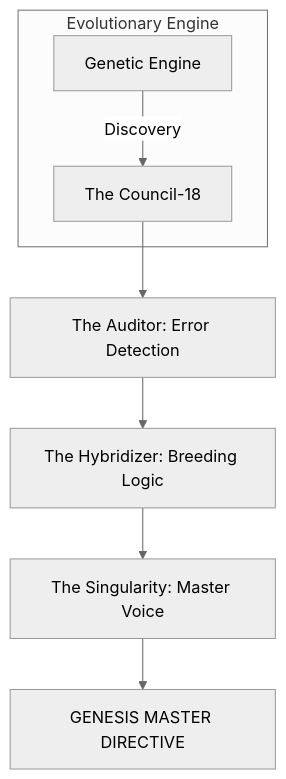
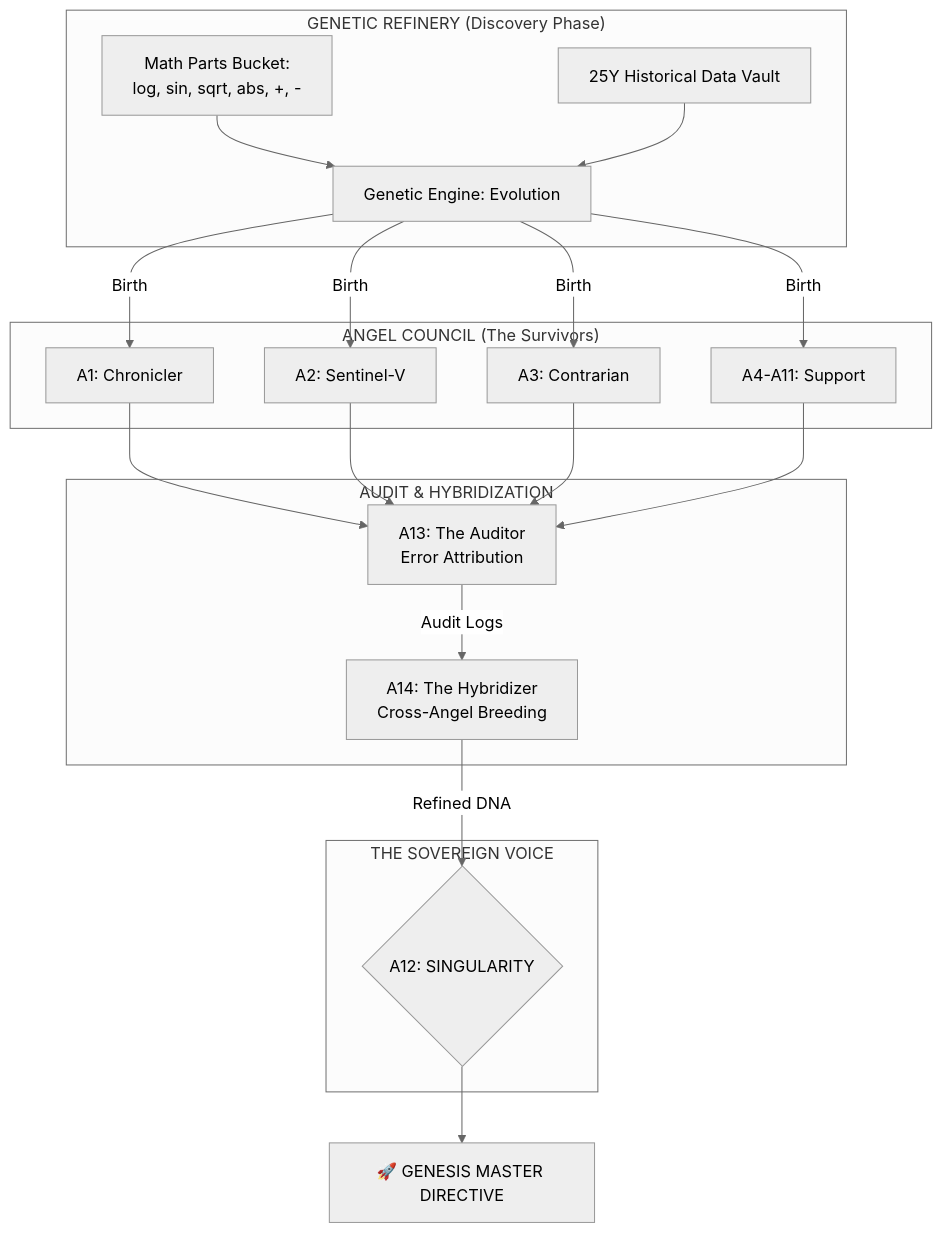
Before and after one commit to pravindev666/Tradyx-Aleph: the sixth of 8 diagrams in README.md, drawn with Mermaid (neutral theme). The commit also changed other lines of this file, not shown here.

````diff
--- a/README.md
+++ b/README.md
@@ -117,10 +150,31 @@
 ```mermaid
 graph TD
-    subgraph "Evolutionary Engine"
-        GE[Genetic Engine] -->|Discovery| Angels[The Council-18]
+    subgraph "GENETIC REFINERY (Discovery Phase)"
+        Parts[Math Parts Bucket:\nlog, sin, sqrt, abs, +, -]
+        History[25Y Historical Data Vault]
+        GE[Genetic Engine: Evolution]
     end
-    Angels --> A17[The Auditor: Error Detection]
-    A17 --> A18[The Hybridizer: Breeding Logic]
-    A18 --> A11[The Singularity: Master Voice]
-    A11 --> Genesis[GENESIS MASTER DIRECTIVE]
+
+    subgraph "ANGEL COUNCIL (The Survivors)"
+        A1[A1: Chronicler]
+        A2[A2: Sentinel-V]
+        A3[A3: Contrarian]
+        A_Others[A4-A11: Support]
+    end
+
+    subgraph "AUDIT & HYBRIDIZATION"
+        A13[A13: The Auditor\nError Attribution]
+        A14[A14: The Hybridizer\nCross-Angel Breeding]
+    end
+
+    subgraph "THE SOVEREIGN VOICE"
+        A12{A12: SINGULARITY}
+    end
+
+    Parts & History --> GE
+    GE -->|Birth| A1 & A2 & A3 & A_Others
+    A1 & A2 & A3 & A_Others --> A13
+    A13 -->|Audit Logs| A14
+    A14 -->|Refined DNA| A12
+    A12 --> Directive[🚀 GENESIS MASTER DIRECTIVE]
 ```
````
